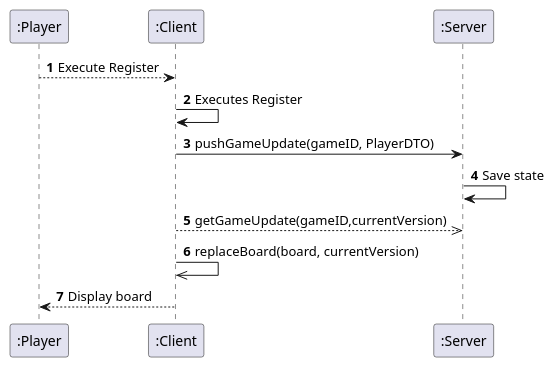
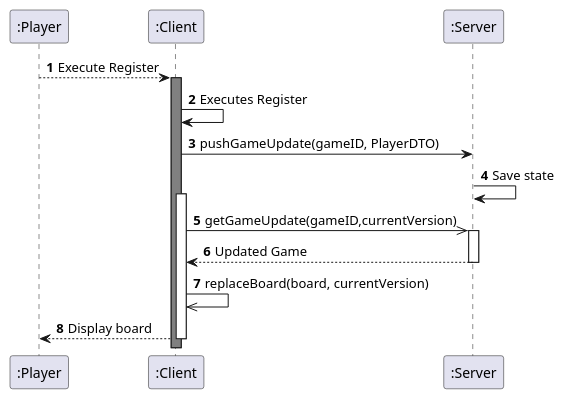
The diagram in src/main/resources/Diagrams/SequenceExecuteRegister.puml (Gruppe-10-DTU/Roborally3), drawn with PlantUML before and after one commit.

Commit message:
Some changes

```diff
--- a/src/main/resources/Diagrams/SequenceExecuteRegister.puml
+++ b/src/main/resources/Diagrams/SequenceExecuteRegister.puml
@@ -1,17 +1,23 @@
 @startuml
 'Sequence Diagram for Execute Register.
 Participant ":Player" as Player
 Participant ":Client" as Client
 Participant ":Server" as Server
 
 
 autonumber
 Player --> Client : Execute Register
+activate Client #808080
 Client -> Client : Executes Register
 Client -> Server : pushGameUpdate(gameID, PlayerDTO)
 Server -> Server : Save state
-Client -->> Server : getGameUpdate(gameID,currentVersion)
+
+activate Client
+Client ->> Server : getGameUpdate(gameID,currentVersion)
+activate Server
+Server --> Client : Updated Game
+deactivate Server
 Client ->> Client : replaceBoard(board, currentVersion)
 Client --> Player : Display board
-
+deactivate Client
 @enduml
```
